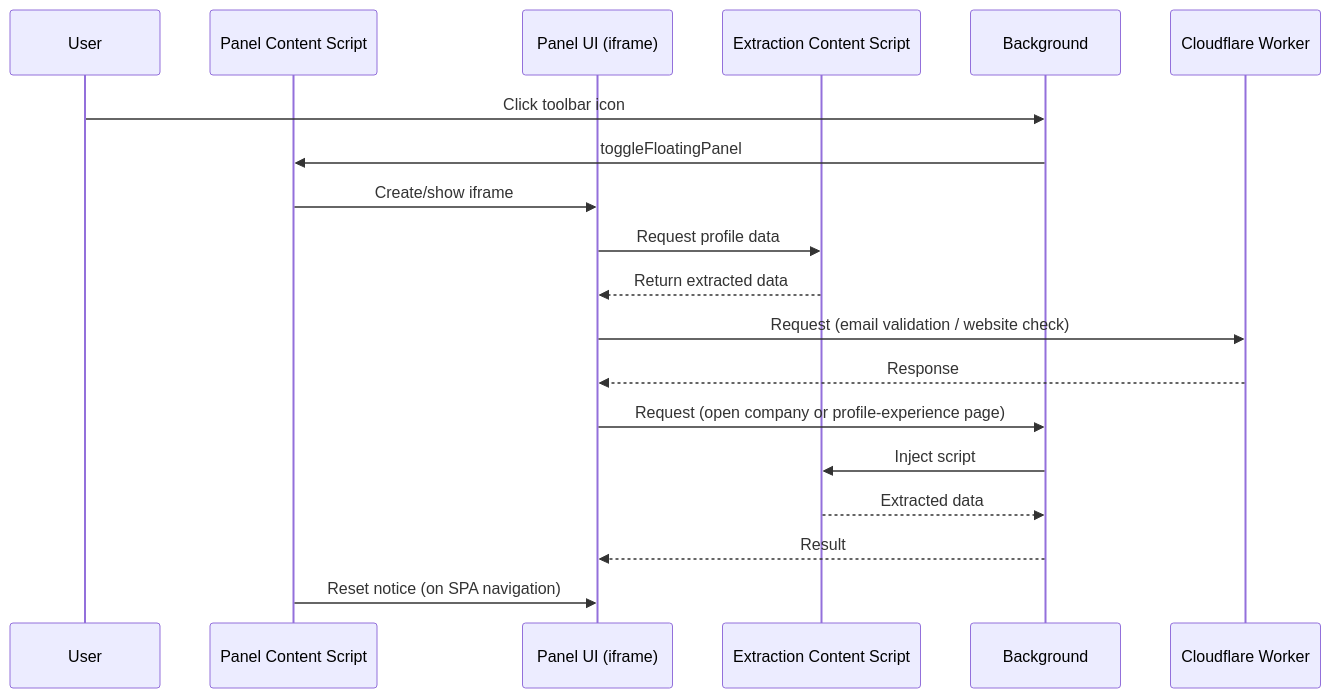
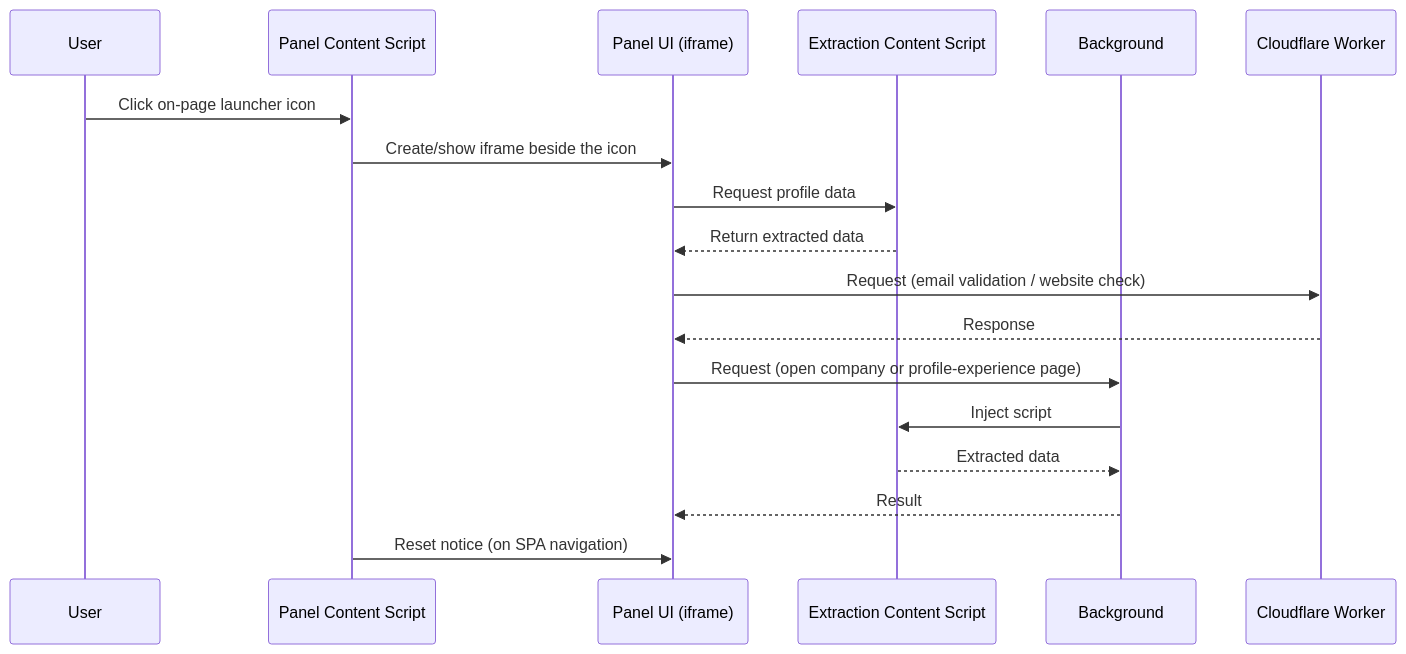
The fifth of 5 diagrams in docs/architecture.md (VitaliiMysko/LeadGenerator), drawn with Mermaid before and after one commit. The commit also changed other lines of this file and 4 other files, not shown here.

First line of the commit message:
LG-223: Document the on-page launcher icon

````diff
--- a/docs/architecture.md
+++ b/docs/architecture.md
@@ -170,22 +171,21 @@
 ```mermaid
 sequenceDiagram
     participant User
     participant PanelCS as Panel Content Script
     participant UI as Panel UI (iframe)
     participant CS as Extraction Content Script
     participant BG as Background
     participant API as Cloudflare Worker
 
-    User->>BG: Click toolbar icon
-    BG->>PanelCS: toggleFloatingPanel
-    PanelCS->>UI: Create/show iframe
+    User->>PanelCS: Click on-page launcher icon
+    PanelCS->>UI: Create/show iframe beside the icon
     UI->>CS: Request profile data
     CS-->>UI: Return extracted data
     UI->>API: Request (email validation / website check)
     API-->>UI: Response
     UI->>BG: Request (open company or profile-experience page)
     BG->>CS: Inject script
     CS-->>BG: Extracted data
     BG-->>UI: Result
     PanelCS->>UI: Reset notice (on SPA navigation)
 ```
````
